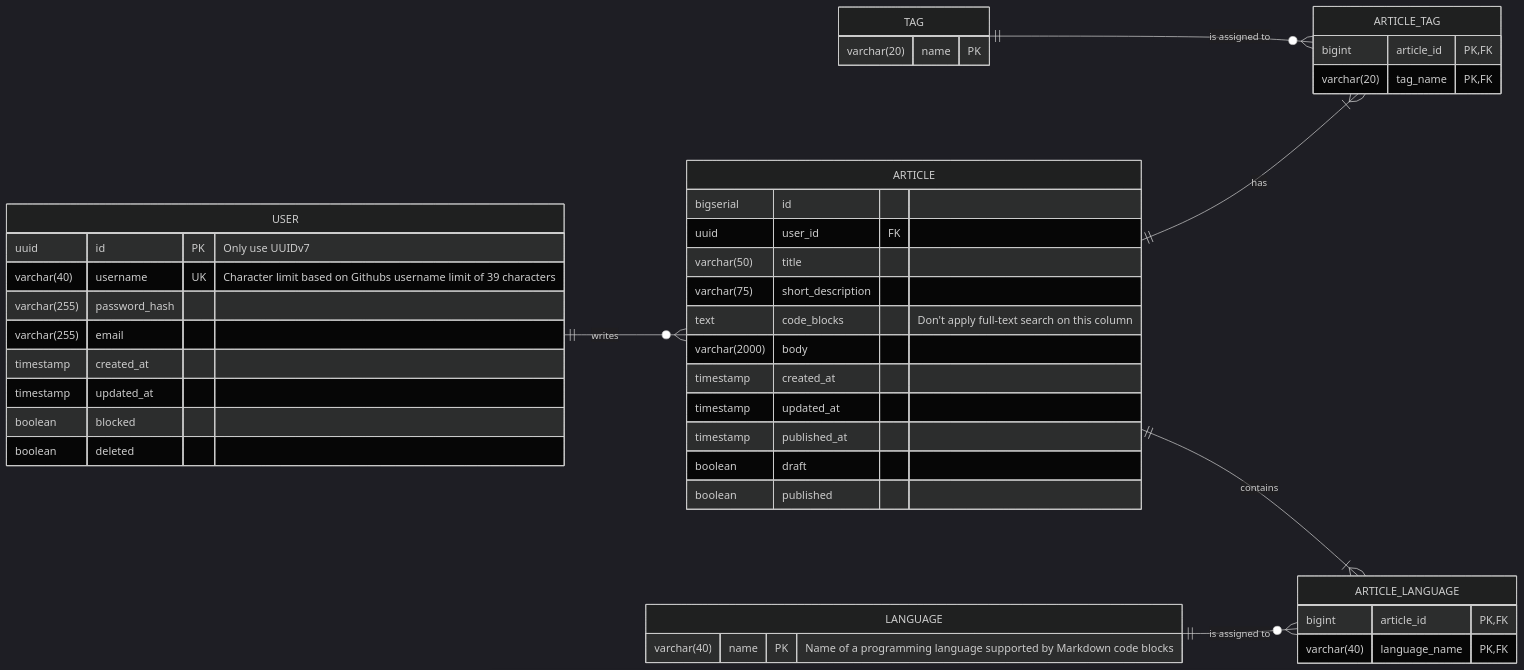
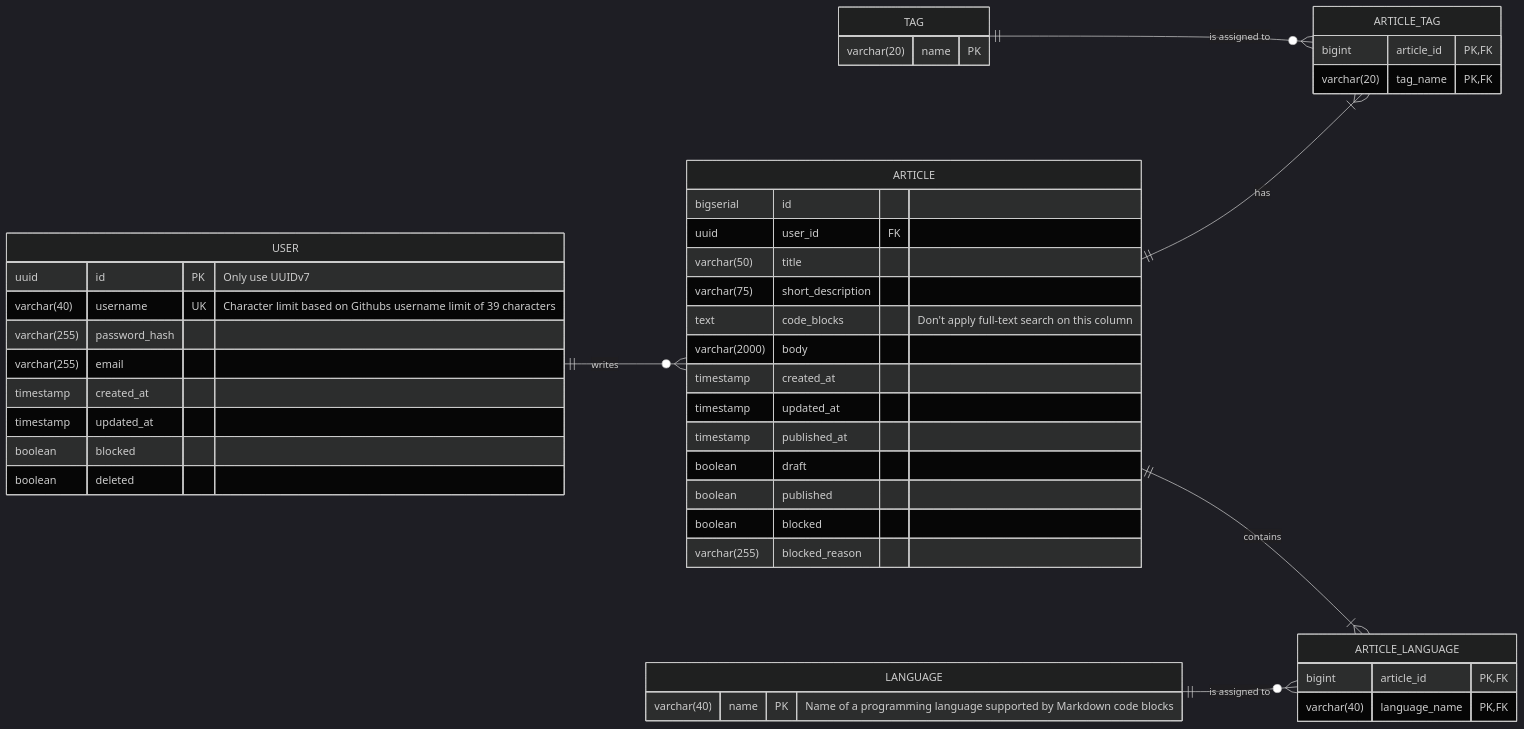
One commit to 0DarkPhoenix/DevSquare changed the diagram in designs/devsquare_erd.mmd. Above: the diagram before and after it, drawn with Mermaid (dark theme).

Commit message:
docs: expanded article table with 'blocked' and 'blocked_reason' fields

```diff
--- a/designs/devsquare_erd.mmd
+++ b/designs/devsquare_erd.mmd
@@ -1,45 +1,47 @@
 erDiagram
     direction LR
     USER ||--o{ ARTICLE : writes
     ARTICLE ||--|{ ARTICLE_TAG : has
     LANGUAGE ||--o{ ARTICLE_LANGUAGE : "is assigned to"
     ARTICLE ||--|{ ARTICLE_LANGUAGE : contains
     TAG ||--o{ ARTICLE_TAG : "is assigned to"
 
     USER {
         uuid id PK "Only use UUIDv7"
         varchar(40) username UK "Character limit based on Githubs username limit of 39 characters"
         varchar(255) password_hash
         varchar(255) email
         timestamp created_at
         timestamp updated_at
         boolean blocked
         boolean deleted
     }
     ARTICLE {
         bigserial id
         uuid user_id FK
         varchar(50) title
         varchar(75) short_description
         text code_blocks "Don't apply full-text search on this column"
         varchar(2000) body
         timestamp created_at
         timestamp updated_at
         timestamp published_at
         boolean draft
         boolean published
+        boolean blocked
+        varchar(255) blocked_reason
     }
     ARTICLE_TAG{
         bigint article_id PK,FK 
         varchar(20) tag_name PK,FK
     }
     TAG {
         varchar(20) name PK
     }
     ARTICLE_LANGUAGE {
         bigint article_id PK,FK
         varchar(40) language_name PK,FK
     }
     LANGUAGE {
         varchar(40) name PK "Name of a programming language supported by Markdown code blocks"
     }
```
